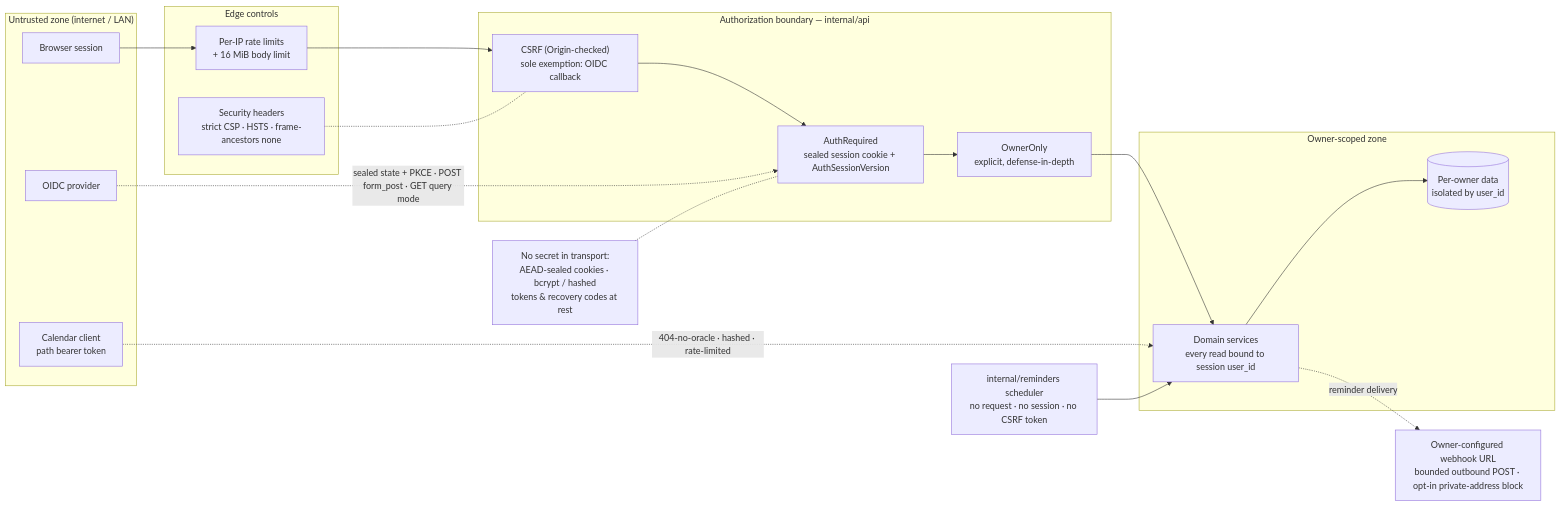
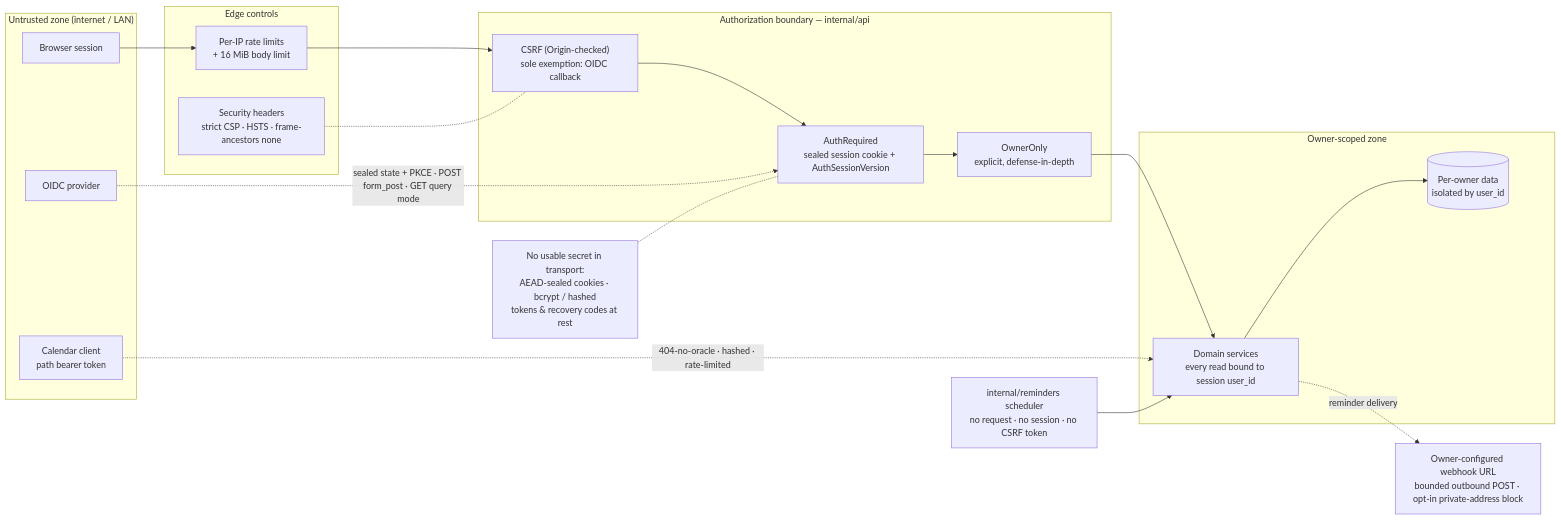
One commit to ovumcy/ovumcy-web changed the second of 3 diagrams in docs/architecture.md. Above: the diagram before and after it, drawn with Mermaid. The commit also changed other lines of this file and 2 other files, not shown here.

Commit message:
docs: apply review findings to the architecture/gdpr pass
The gdpr.md deferral no longer asserts the target preamble's literal
content (order-independent of the queued data-handling PR); the
architecture bullet keeps HTML in the prohibition its exceptions carve
from; the mermaid node carries the invariant's canonical name; the
backuprestoredoc guard-test comment stops citing the removed drill
anecdote.

````diff
--- a/docs/architecture.md
+++ b/docs/architecture.md
@@ -112,36 +112,36 @@
 ```mermaid
 flowchart LR
     subgraph untrusted["Untrusted zone (internet / LAN)"]
         ub["Browser session"]
         uc["Calendar client<br/>path bearer token"]
         ui["OIDC provider"]
     end
 
     subgraph edge["Edge controls"]
         rl["Per-IP rate limits<br/>+ 16 MiB body limit"]
         hdr["Security headers<br/>strict CSP · HSTS · frame-ancestors none"]
     end
 
     subgraph authz["Authorization boundary — internal/api"]
         csrf["CSRF (Origin-checked)<br/>sole exemption: OIDC callback"]
         auth["AuthRequired<br/>sealed session cookie + AuthSessionVersion"]
         owner["OwnerOnly<br/>explicit, defense-in-depth"]
     end
 
     subgraph trusted["Owner-scoped zone"]
         domain["Domain services<br/>every read bound to session user_id"]
         data[("Per-owner data<br/>isolated by user_id")]
     end
 
-    secrets["No secret in transport:<br/>AEAD-sealed cookies · bcrypt / hashed<br/>tokens &amp; recovery codes at rest"]
+    secrets["No usable secret in transport:<br/>AEAD-sealed cookies · bcrypt / hashed<br/>tokens &amp; recovery codes at rest"]
     sched["internal/reminders scheduler<br/>no request · no session · no CSRF token"]
     hook["Owner-configured webhook URL<br/>bounded outbound POST · opt-in private-address block"]
 
     ub --> rl --> csrf --> auth --> owner --> domain --> data
     ui -. "sealed state + PKCE · POST form_post · GET query mode" .-> auth
     uc -. "404-no-oracle · hashed · rate-limited" .-> domain
     sched --> domain
     domain -. "reminder delivery" .-> hook
     hdr -.- csrf
     secrets -.- auth
 ```
````
